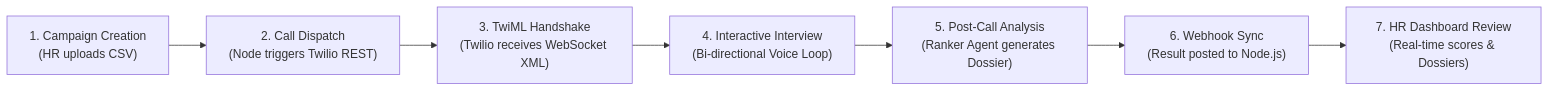
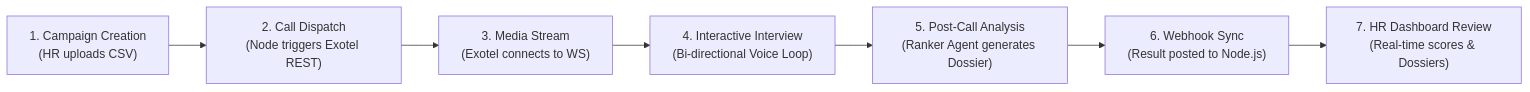
One commit to TusharDayma/MERN_AI_CALLING changed the fourth of 4 diagrams in PROJECT_SUMMARY.md. Above: the diagram before and after it, drawn with Mermaid. The commit also changed other lines of this file and 48 other files, not shown here.

````diff
--- a/PROJECT_SUMMARY.md
+++ b/PROJECT_SUMMARY.md
@@ -194,9 +196,9 @@
 ```mermaid
 flowchart LR
-    Step1["1. Campaign Creation\n(HR uploads CSV)"] --> Step2["2. Call Dispatch\n(Node triggers Twilio REST)"]
-    Step2 --> Step3["3. TwiML Handshake\n(Twilio receives WebSocket XML)"]
+    Step1["1. Campaign Creation\n(HR uploads CSV)"] --> Step2["2. Call Dispatch\n(Node triggers Exotel REST)"]
+    Step2 --> Step3["3. Media Stream\n(Exotel connects to WS)"]
     Step3 --> Step4["4. Interactive Interview\n(Bi-directional Voice Loop)"]
     Step4 --> Step5["5. Post-Call Analysis\n(Ranker Agent generates Dossier)"]
     Step5 --> Step6["6. Webhook Sync\n(Result posted to Node.js)"]
     Step6 --> Step7["7. HR Dashboard Review\n(Real-time scores & Dossiers)"]
 ```
````
